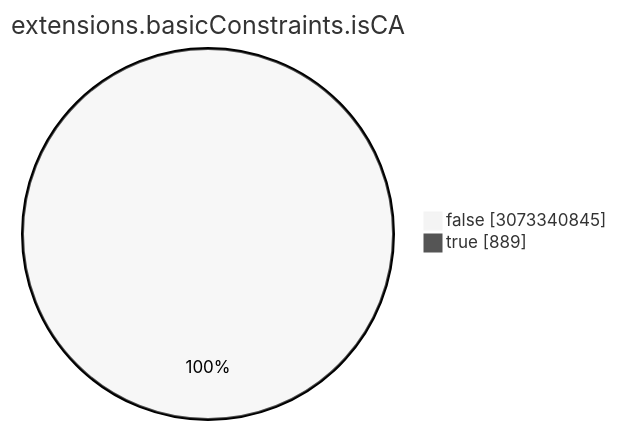
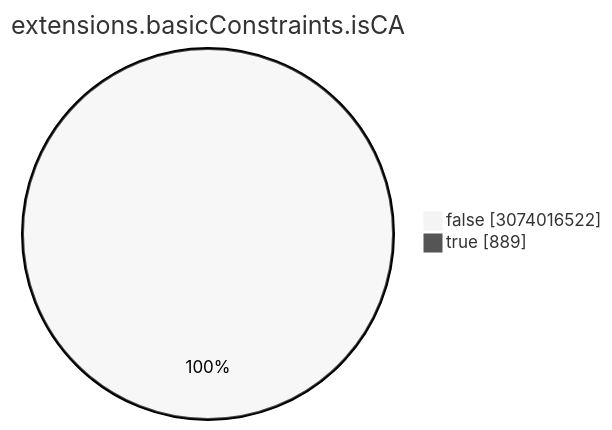
Before and after one commit to christiankrug/ctmonitor_visualization: the seventh of 15 diagrams in TOTAL/README.md, drawn with Mermaid (neutral theme). The commit also changed other lines of this file, not shown here.

````diff
--- a/TOTAL/README.md
+++ b/TOTAL/README.md
@@ -3088,6 +3088,6 @@
 ```mermaid
 pie showData
 title extensions.basicConstraints.isCA
-"false" :3073340845
+"false" :3074016522
 "true" :889
 ```
````
